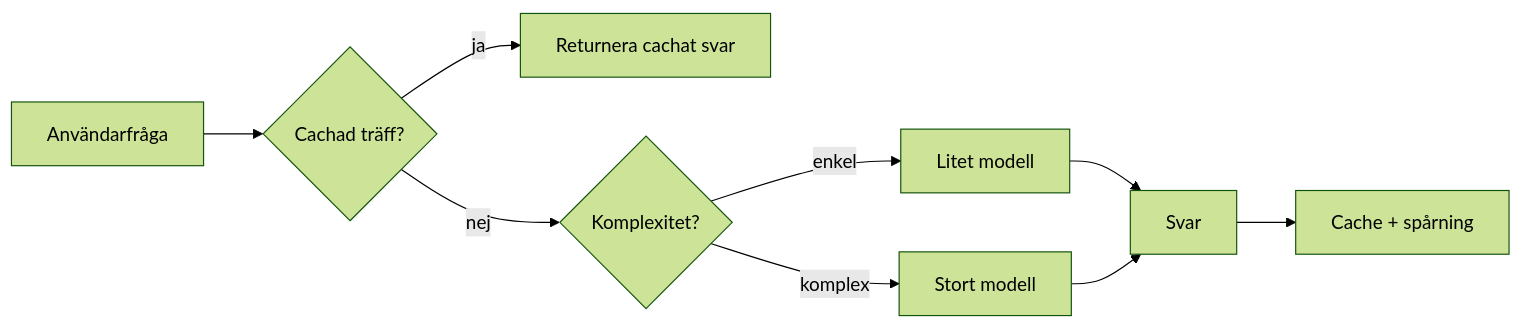
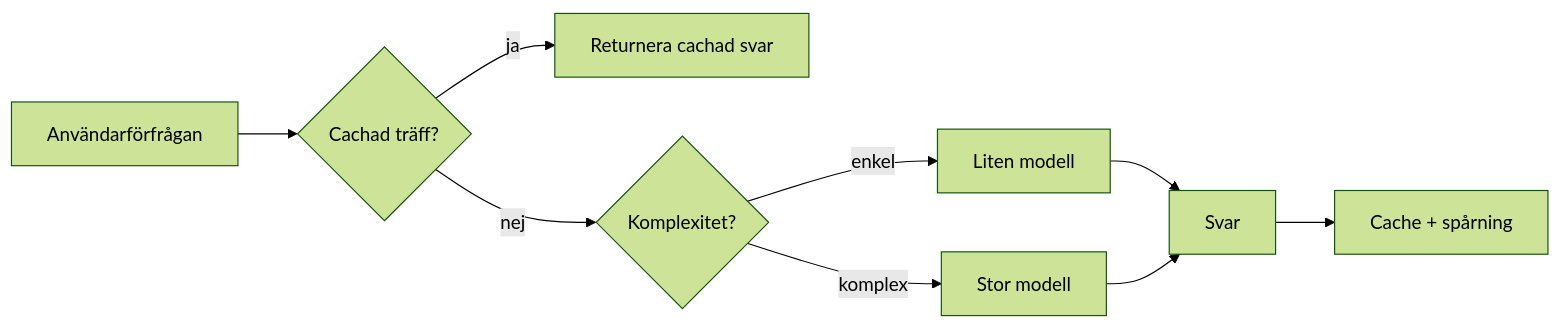
The third of 4 diagrams in translations/sv/16-deploying-scalable-agents/README.md (microsoft/ai-agents-for-beginners), drawn with Mermaid (forest theme) before and after one commit. The commit also changed other lines of this file and 46 other files, not shown here.

````diff
--- a/translations/sv/16-deploying-scalable-agents/README.md
+++ b/translations/sv/16-deploying-scalable-agents/README.md
@@ -134,11 +134,11 @@
 ```mermaid
 flowchart LR
-    Q[Användarfråga] --> C{Cachad träff?}
-    C -->|ja| R[Returnera cachat svar]
+    Q[Användarförfrågan] --> C{Cachad träff?}
+    C -->|ja| R[Returnera cachad svar]
     C -->|nej| Router{Komplexitet?}
-    Router -->|enkel| SLM[Litet modell]
-    Router -->|komplex| LLM[Stort modell]
+    Router -->|enkel| SLM[Liten modell]
+    Router -->|komplex| LLM[Stor modell]
     SLM --> Out[Svar]
     LLM --> Out
     Out --> Store[Cache + spårning]
 ```
````
